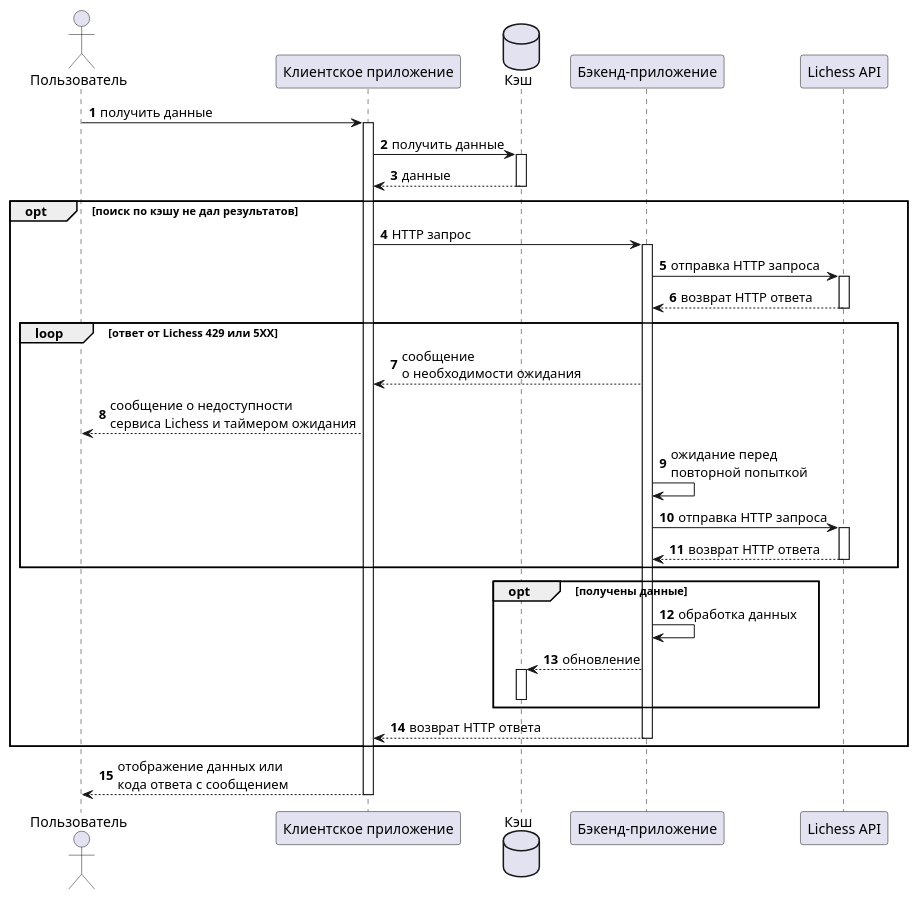
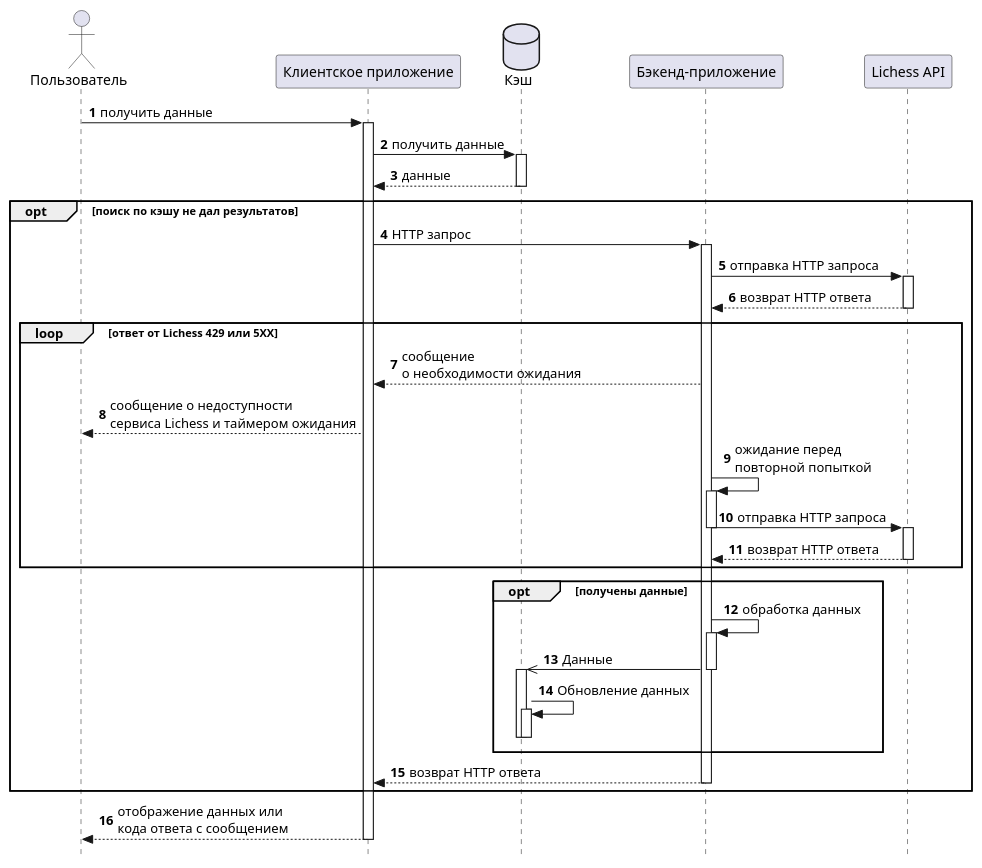
One commit to AleksanderNekr/LichessAnalyzer changed the second of 2 diagrams in docs/lichess_request_response.puml. Above: the diagram before and after it, drawn with PlantUML. The commit also changed other lines of this file and 2 other files, not shown here.

```diff
--- a/docs/lichess_request_response.puml
+++ b/docs/lichess_request_response.puml
@@ -42,56 +48,67 @@
 @startuml Request-Response with Cache, retries and 429 check Sequence
+
+skinparam {
+    style strictuml
+}
 
 autonumber
 
 actor Пользователь as user
 participant "Клиентское приложение" as client
 database "Кэш" as cache
 participant "Бэкенд-приложение" as backend
 participant "Lichess API" as lichess
 
 user -> client: получить данные
 activate client
 
 client -> cache: получить данные
 activate cache
 cache --> client: данные
 deactivate cache
 
 opt поиск по кэшу не дал результатов
     client -> backend: HTTP запрос
     activate backend
     
     backend -> lichess: отправка HTTP запроса
     activate lichess
     
     lichess --> backend: возврат HTTP ответа
     deactivate lichess
     
     loop ответ от Lichess 429 или 5ХХ
         backend --> client: сообщение\nо необходимости ожидания
         client --> user: сообщение о недоступности\nсервиса Lichess и таймером ожидания
     
         backend -> backend: ожидание перед\nповторной попыткой
+        activate backend
         
         backend -> lichess: отправка HTTP запроса
+        deactivate backend
         activate lichess
     
         lichess --> backend: возврат HTTP ответа
         deactivate lichess
     end
     opt получены данные
         backend -> backend: обработка данных
+        activate backend
     
-        backend --> cache: обновление
+        backend ->> cache: Данные
+        deactivate backend
         activate cache
+        cache -> cache: Обновление данных
+        activate cache
+        deactivate cache
         deactivate cache
     end
     
     backend --> client: возврат HTTP ответа
     deactivate backend
 end
     
 client --> user: отображение данных или\nкода ответа с сообщением
 deactivate client
 
 @enduml
```
